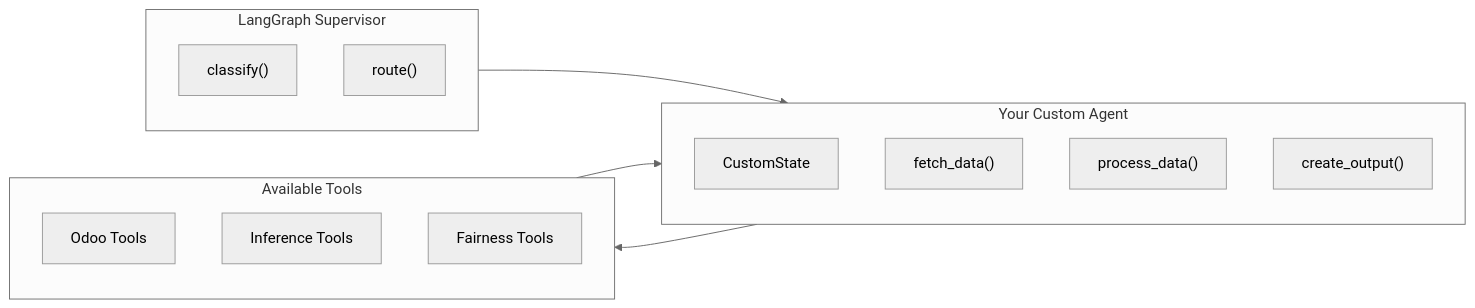
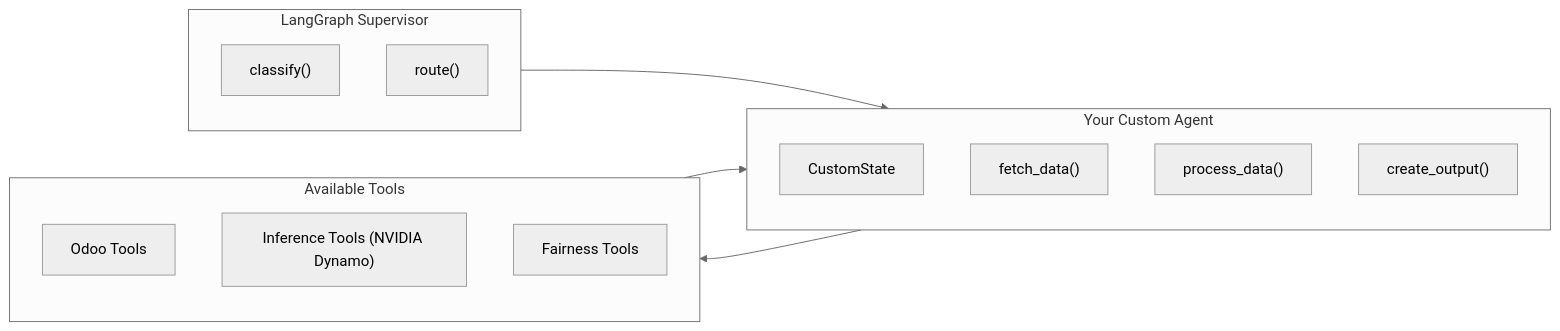
Before and after one commit to nettrades/nettrades-platform: the diagram in docs/developer/building-agents.md, drawn with Mermaid (neutral theme). The commit also changed other lines of this file, not shown here.

````diff
--- a/docs/developer/building-agents.md
+++ b/docs/developer/building-agents.md
@@ -69,24 +56,26 @@
 ```mermaid
+
 graph LR
     subgraph Supervisor["LangGraph Supervisor"]
         Classify["classify()"]
         Route["route()"]
     end
 
     subgraph Agent["Your Custom Agent"]
         State["CustomState"]
         Node1["fetch_data()"]
         Node2["process_data()"]
         Node3["create_output()"]
     end
 
     subgraph Tools["Available Tools"]
         OdooTools["Odoo Tools"]
-        Inference["Inference Tools"]
-        Fairness["Fairness Tools"]
+        InferenceTools["Inference Tools (NVIDIA Dynamo)"]
+        FairnessTools["Fairness Tools"]
     end
 
     Supervisor --> Agent
     Agent --> Tools
     Tools --> Agent
+
 ```
````
